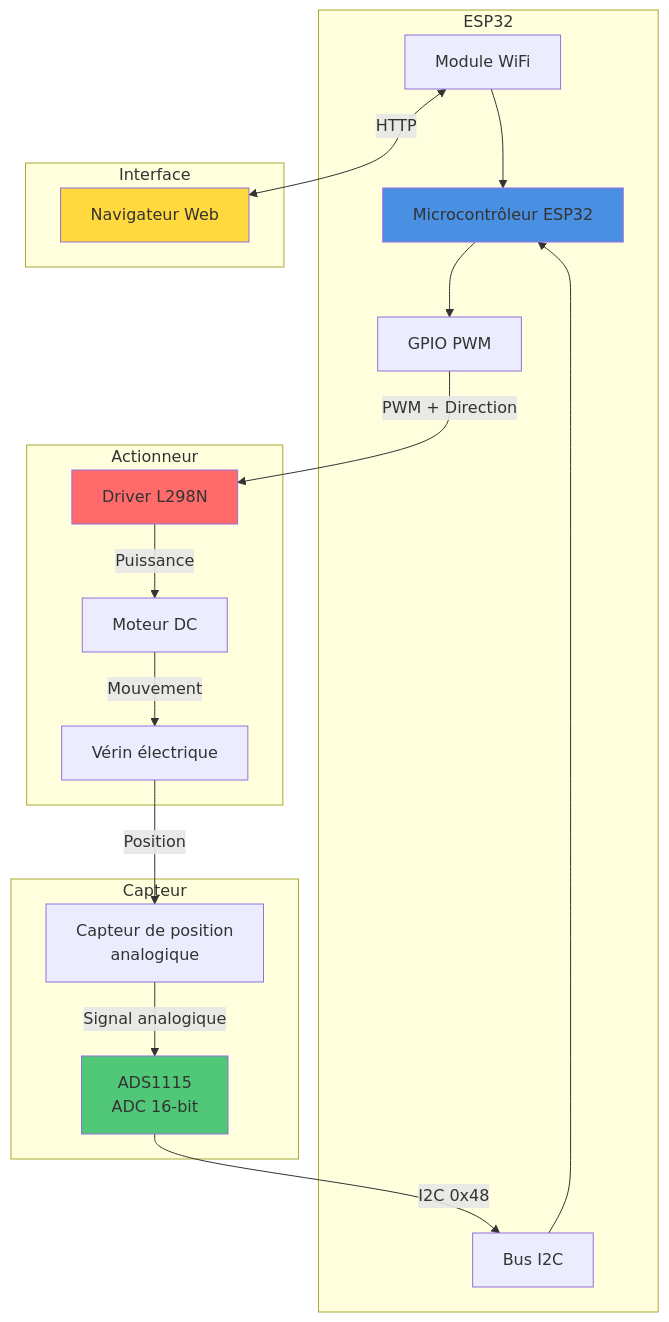
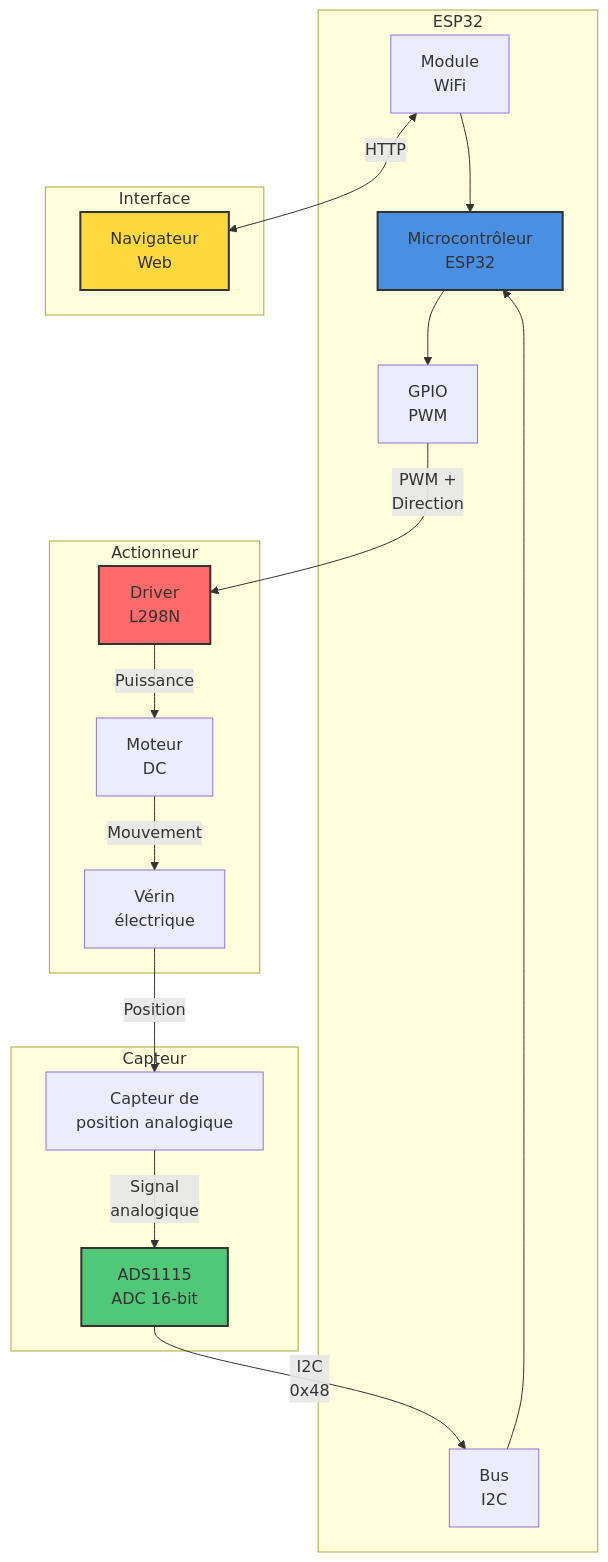
The first of 6 diagrams in README.md (axel-g-dev/Projet-Verin-commande), drawn with Mermaid before and after one commit. The commit also changed other lines of this file, not shown here.

Commit message:
Fix Mermaid diagrams: remove special characters and improve readability

````diff
--- a/README.md
+++ b/README.md
@@ -31,40 +31,40 @@
 ```mermaid
 graph TB
-    subgraph "ESP32"
-        MCU[Microcontrôleur ESP32]
-        WiFi[Module WiFi]
-        I2C[Bus I2C]
-        GPIO[GPIO PWM]
+    subgraph ESP32_Module["ESP32"]
+        MCU["Microcontrôleur<br/>ESP32"]
+        WiFi["Module<br/>WiFi"]
+        I2C["Bus<br/>I2C"]
+        GPIO["GPIO<br/>PWM"]
     end
     
-    subgraph "Capteur"
-        ADS[ADS1115<br/>ADC 16-bit]
-        Sensor[Capteur de position<br/>analogique]
+    subgraph Capteur_Module["Capteur"]
+        ADS["ADS1115<br/>ADC 16-bit"]
+        Sensor["Capteur de<br/>position analogique"]
     end
     
-    subgraph "Actionneur"
-        Driver[Driver L298N]
-        Motor[Moteur DC]
-        Actuator[Vérin électrique]
+    subgraph Actionneur_Module["Actionneur"]
+        Driver["Driver<br/>L298N"]
+        Motor["Moteur<br/>DC"]
+        Actuator["Vérin<br/>électrique"]
     end
     
-    subgraph "Interface"
-        Web[Navigateur Web]
+    subgraph Interface_Module["Interface"]
+        Web["Navigateur<br/>Web"]
     end
     
-    Sensor -->|Signal analogique| ADS
-    ADS -->|I2C 0x48| I2C
+    Sensor -->|"Signal<br/>analogique"| ADS
+    ADS -->|"I2C<br/>0x48"| I2C
     I2C --> MCU
     MCU --> GPIO
-    GPIO -->|PWM + Direction| Driver
-    Driver -->|Puissance| Motor
-    Motor -->|Mouvement| Actuator
-    Actuator -->|Position| Sensor
-    WiFi <-->|HTTP| Web
+    GPIO -->|"PWM +<br/>Direction"| Driver
+    Driver -->|"Puissance"| Motor
+    Motor -->|"Mouvement"| Actuator
+    Actuator -->|"Position"| Sensor
+    WiFi <-->|"HTTP"| Web
     WiFi --> MCU
     
-    style MCU fill:#4a90e2
-    style ADS fill:#50c878
-    style Driver fill:#ff6b6b
-    style Web fill:#ffd93d
+    style MCU fill:#4a90e2,stroke:#333,stroke-width:2px
+    style ADS fill:#50c878,stroke:#333,stroke-width:2px
+    style Driver fill:#ff6b6b,stroke:#333,stroke-width:2px
+    style Web fill:#ffd93d,stroke:#333,stroke-width:2px
 ```
````
